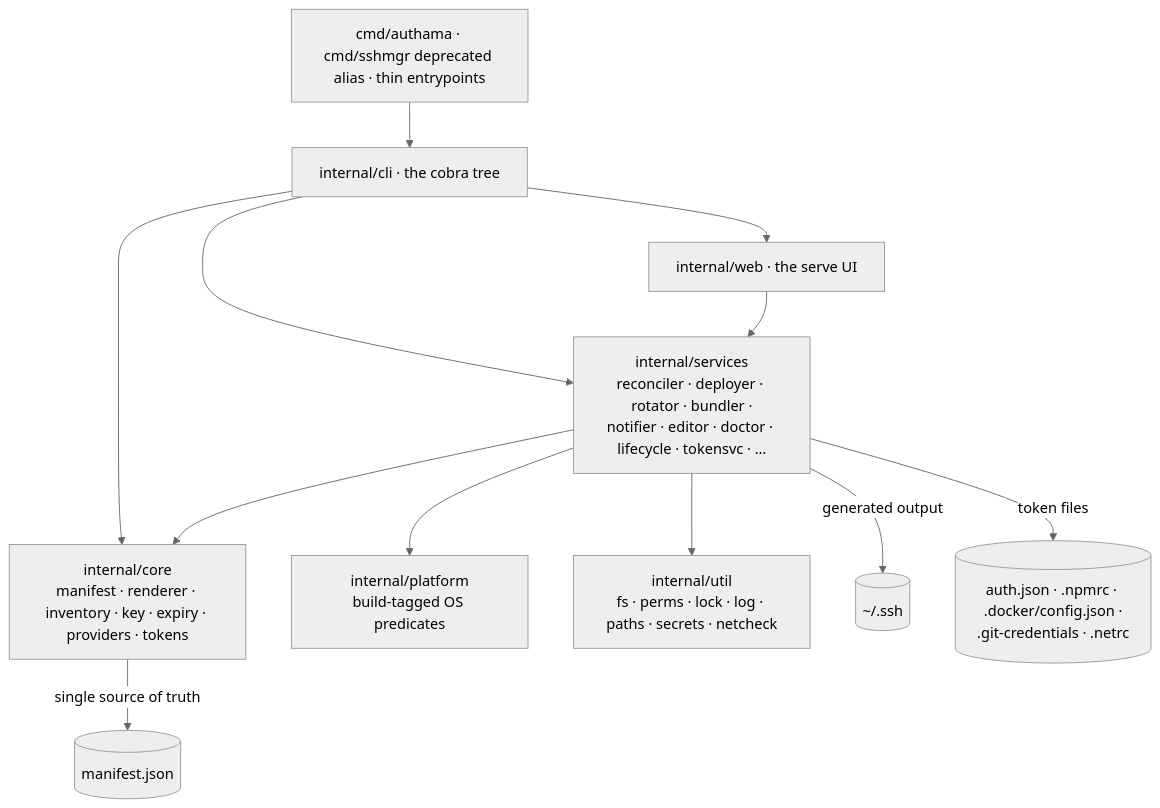
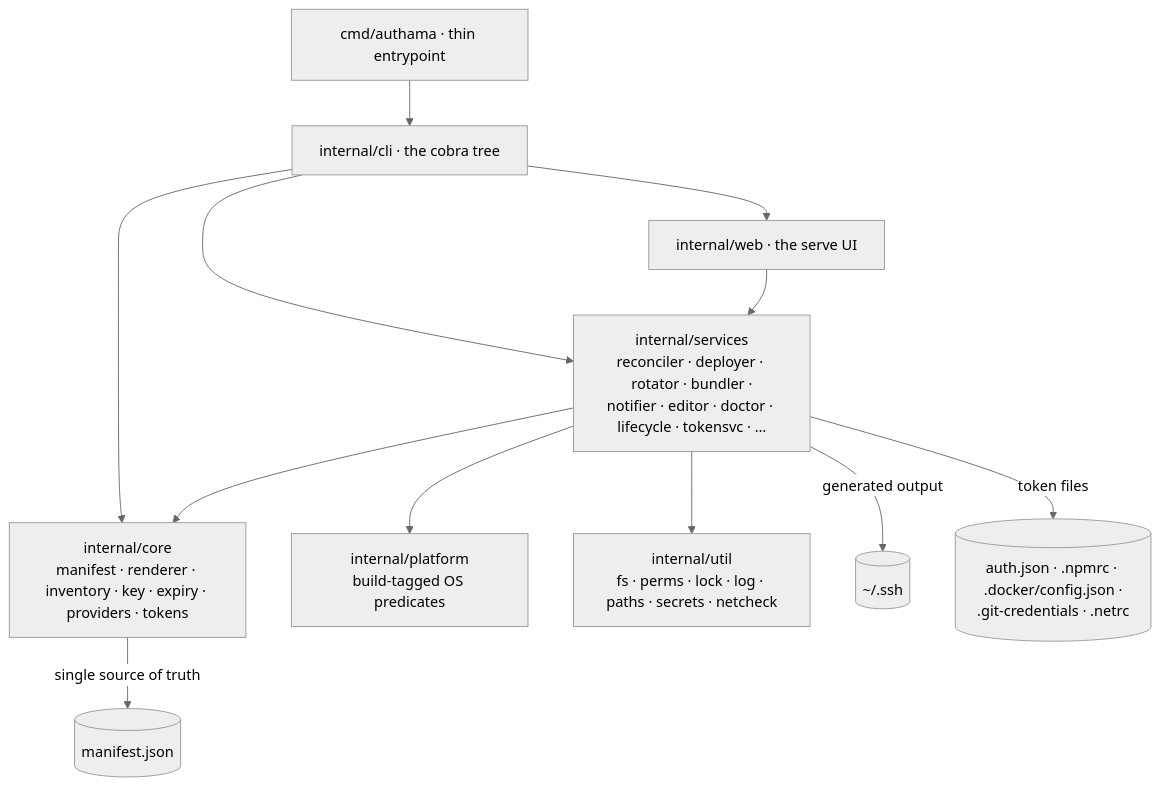
One commit to sangehq/authama changed the first of 6 diagrams in docs/architecture.md. Above: the diagram before and after it, drawn with Mermaid (neutral theme). The commit also changed other lines of this file and 28 other files, not shown here.

First line of the commit message:
Remove the sshmgr alias binary from build, release, install and CI

````diff
--- a/docs/architecture.md
+++ b/docs/architecture.md
@@ -3,14 +3,14 @@
 ```mermaid
 flowchart TD
-    MAIN[cmd/authama · cmd/sshmgr deprecated alias · thin entrypoints] --> CLI[internal/cli · the cobra tree]
+    MAIN[cmd/authama · thin entrypoint] --> CLI[internal/cli · the cobra tree]
     CLI --> SVC[internal/services<br/>reconciler · deployer · rotator · bundler ·<br/>notifier · editor · doctor · lifecycle · tokensvc · …]
     CLI --> WEB[internal/web · the serve UI]
     WEB --> SVC
     CLI --> CORE[internal/core<br/>manifest · renderer · inventory · key · expiry · providers · tokens]
     SVC --> CORE
     SVC --> PLAT[internal/platform<br/>build-tagged OS predicates]
     SVC --> UTIL[internal/util<br/>fs · perms · lock · log · paths · secrets · netcheck]
     CORE -->|single source of truth| MAN[(manifest.json)]
     SVC -->|generated output| SSH[(~/.ssh)]
     SVC -->|token files| TOK[(auth.json · .npmrc · .docker/config.json ·<br/>.git-credentials · .netrc)]
 ```
````
